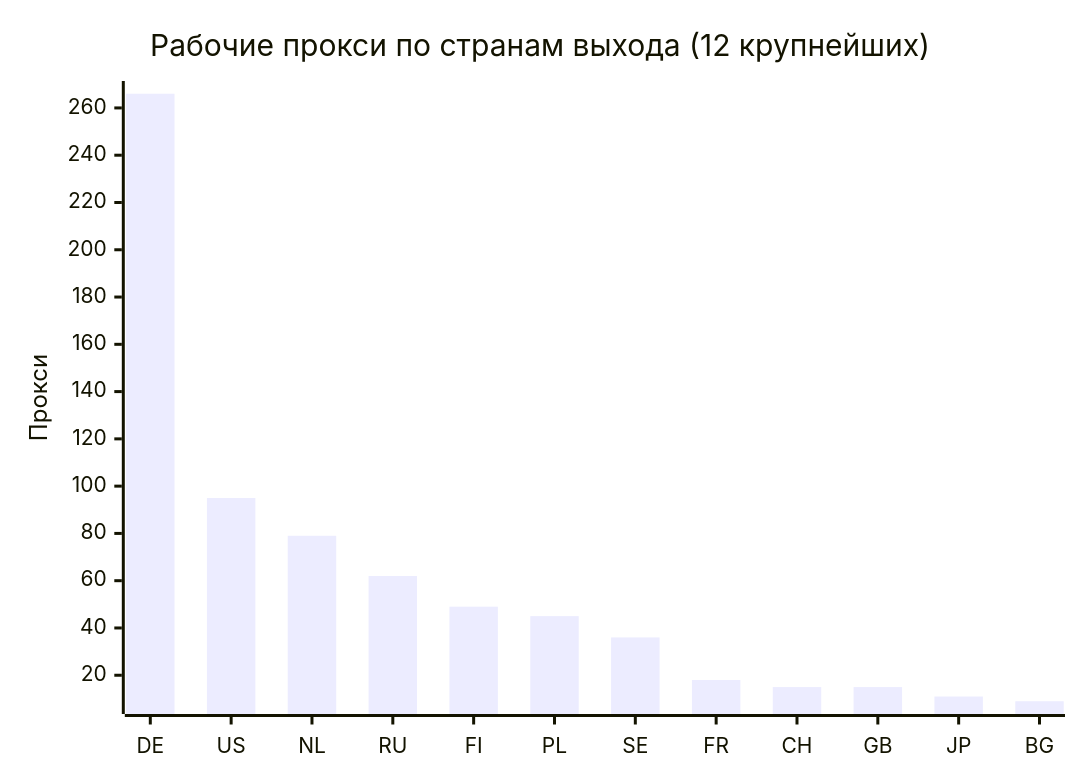
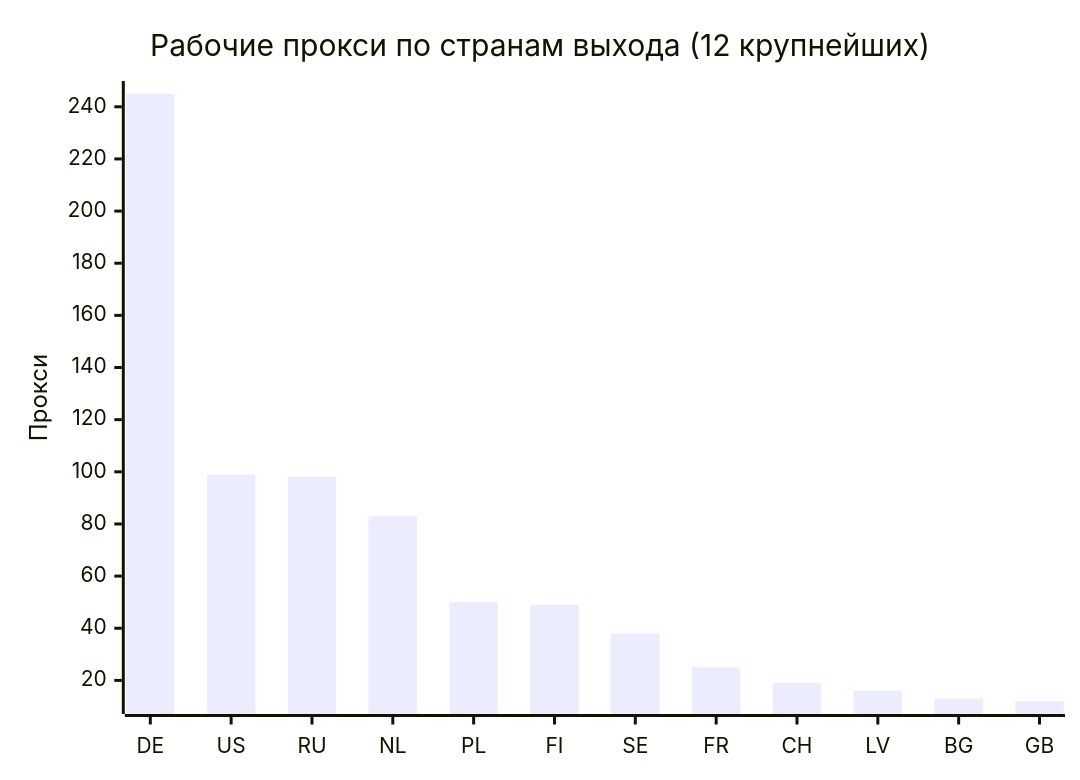
One commit to rvvg/proxy-subs changed the second of 4 diagrams in README.md. Above: the diagram before and after it, drawn with Mermaid. The commit also changed other lines of this file and 45 other files, not shown here.

````diff
--- a/README.md
+++ b/README.md
@@ -125,7 +128,7 @@
 ```mermaid
 xychart-beta
     title "Рабочие прокси по странам выхода (12 крупнейших)"
-    x-axis ["DE", "US", "NL", "RU", "FI", "PL", "SE", "FR", "CH", "GB", "JP", "BG"]
+    x-axis ["DE", "US", "RU", "NL", "PL", "FI", "SE", "FR", "CH", "LV", "BG", "GB"]
     y-axis "Прокси"
-    bar [266, 95, 79, 62, 49, 45, 36, 18, 15, 15, 11, 9]
+    bar [245, 99, 98, 83, 50, 49, 38, 25, 19, 16, 13, 12]
 ```
````
